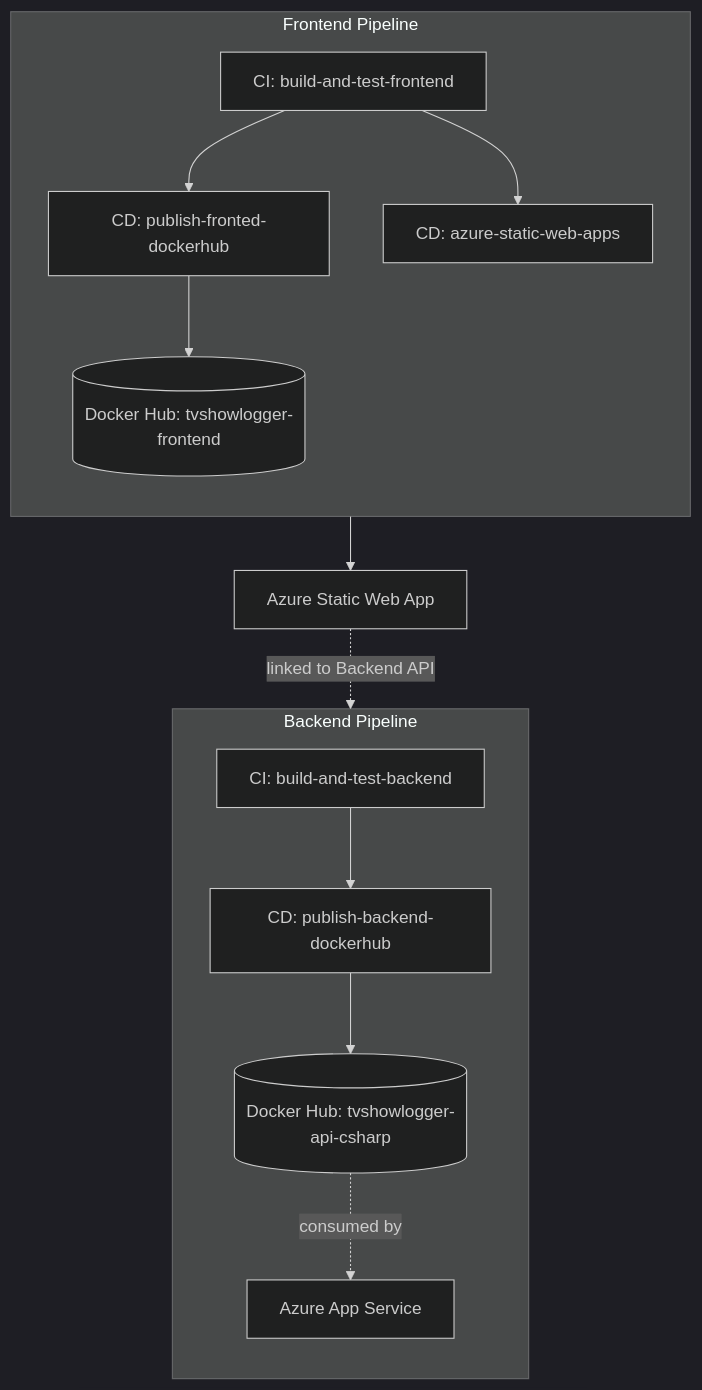
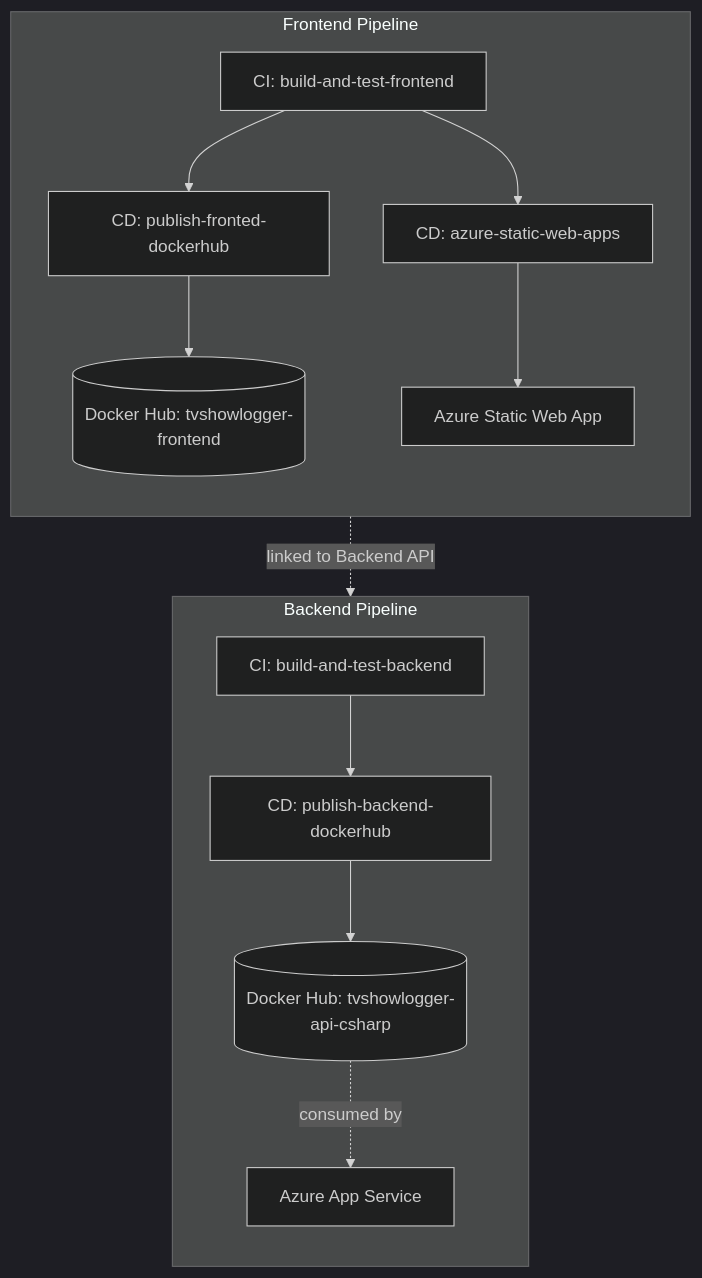
Before and after one commit to nikolaihg/Experis-Codecool-Team-Project: the second of 2 diagrams in README.md, drawn with Mermaid (dark theme).

Commit message:
better diagram

````diff
--- a/README.md
+++ b/README.md
@@ -122,22 +122,22 @@
 ```mermaid
 graph TD
     subgraph Backend [Backend Pipeline]
         direction TB
         B_CI[CI: build-and-test-backend]
         B_CD[CD: publish-backend-dockerhub]
         B_CI --> B_CD
         B_CD --> B_IMG[(Docker Hub: tvshowlogger-api-csharp)]
         B_IMG -. consumed by .-> B_Azure[Azure App Service]
     end
 
     subgraph Frontend [Frontend Pipeline]
         direction TB
         F_CI[CI: build-and-test-frontend]
         F_CI --> F_DH[CD: publish-fronted-dockerhub]
         F_CI --> F_AZ[CD: azure-static-web-apps]
         F_DH --> F_IMG[(Docker Hub: tvshowlogger-frontend)]
+        F_AZ --> F_Static[Azure Static Web App]
     end
 
-    F_AZ --> F_Static[Azure Static Web App]
     F_Static -.-> |linked to Backend API| B_Azure
 ```
````
